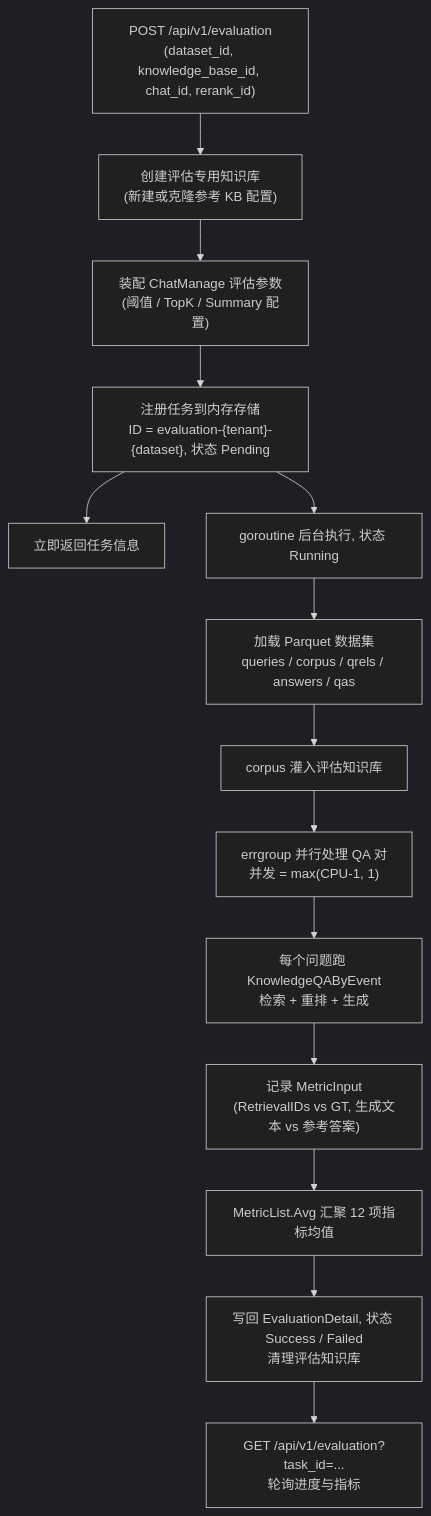
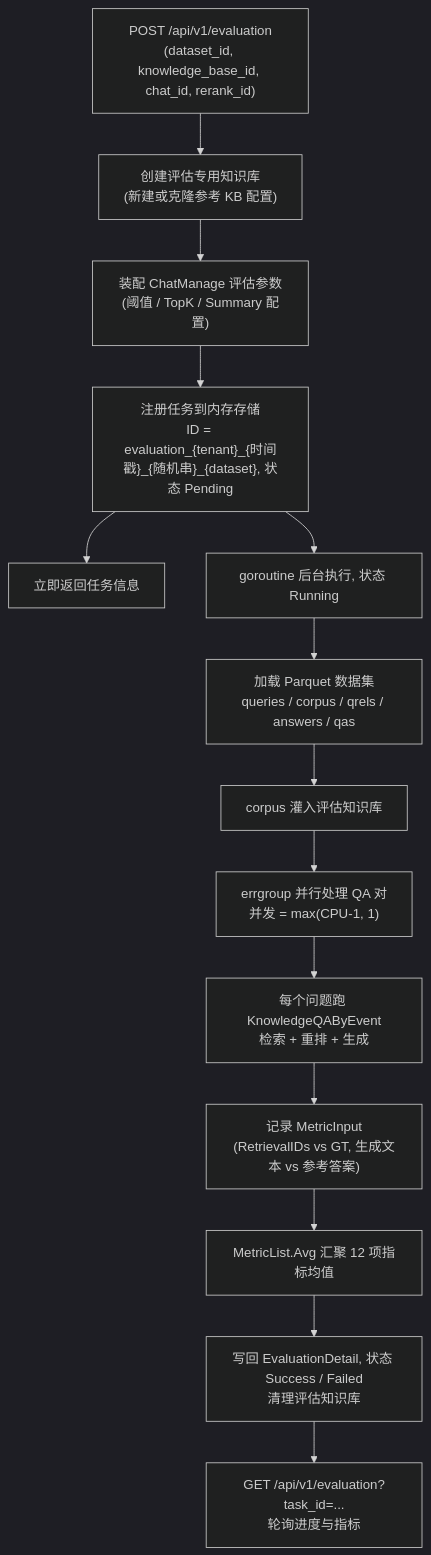
Before and after one commit to michadel/WeKnora: the diagram in website-docs/03-features/15-evaluation.md, drawn with Mermaid (dark theme). The commit also changed other lines of this file and 125 other files, not shown here.

````diff
--- a/website-docs/03-features/15-evaluation.md
+++ b/website-docs/03-features/15-evaluation.md
@@ -258,16 +258,16 @@
 ```mermaid
 flowchart TD
     A["POST /api/v1/evaluation<br/>(dataset_id, knowledge_base_id, chat_id, rerank_id)"] --> B["创建评估专用知识库<br/>(新建或克隆参考 KB 配置)"]
     B --> C["装配 ChatManage 评估参数<br/>(阈值 / TopK / Summary 配置)"]
-    C --> D["注册任务到内存存储<br/>ID = evaluation-{tenant}-{dataset}, 状态 Pending"]
+    C --> D["注册任务到内存存储<br/>ID = evaluation_{tenant}_{时间戳}_{随机串}_{dataset}, 状态 Pending"]
     D --> E["立即返回任务信息"]
     D --> F["goroutine 后台执行, 状态 Running"]
     F --> G["加载 Parquet 数据集<br/>queries / corpus / qrels / answers / qas"]
     G --> H["corpus 灌入评估知识库"]
     H --> I["errgroup 并行处理 QA 对<br/>并发 = max(CPU-1, 1)"]
     I --> J["每个问题跑 KnowledgeQAByEvent<br/>检索 + 重排 + 生成"]
     J --> K["记录 MetricInput<br/>(RetrievalIDs vs GT, 生成文本 vs 参考答案)"]
     K --> L["MetricList.Avg 汇聚 12 项指标均值"]
     L --> M["写回 EvaluationDetail, 状态 Success / Failed<br/>清理评估知识库"]
     M --> N["GET /api/v1/evaluation?task_id=...<br/>轮询进度与指标"]
 ```
````
